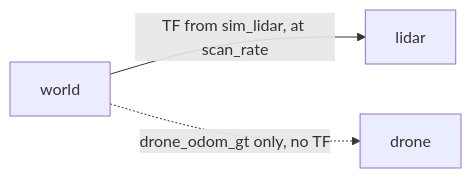
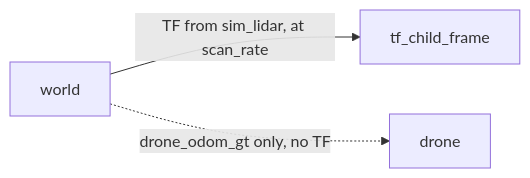
One commit to adrianomcr/lidar_sim changed the diagram in docs/ros_interface.md. Above: the diagram before and after it, drawn with Mermaid. The commit also changed other lines of this file and 10 other files, not shown here.

````diff
--- a/docs/ros_interface.md
+++ b/docs/ros_interface.md
@@ -59,5 +59,5 @@
 ```mermaid
 flowchart LR
-  world -- "TF from sim_lidar, at scan_rate" --> lidar
+  world -- "TF from sim_lidar, at scan_rate" --> tf_child["tf_child_frame"]
   world -. "drone_odom_gt only, no TF" .-> drone
 ```
````
